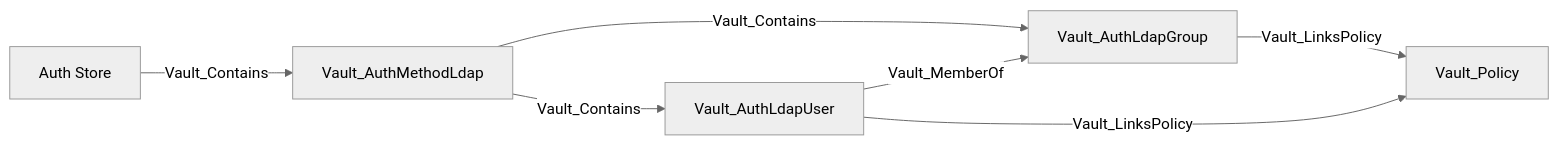
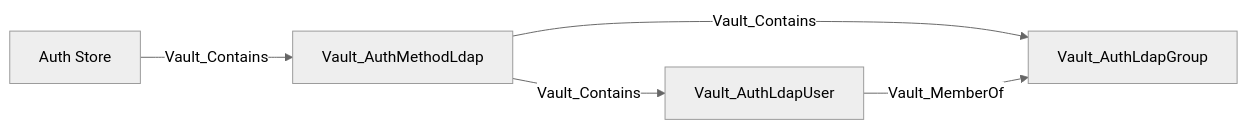
Diagram 21 of 39 in Documentation/stores/AUTH.md (bytewreck/opengraph-vault), drawn with Mermaid (neutral theme) before and after one commit. The commit also changed other lines of this file and 3 other files, not shown here.

````diff
--- a/Documentation/stores/AUTH.md
+++ b/Documentation/stores/AUTH.md
@@ -346,9 +316,7 @@
 ```mermaid
 flowchart LR
     store[Auth Store] -->|Vault_Contains| method[Vault_AuthMethodLdap]
     method -->|Vault_Contains| user[Vault_AuthLdapUser]
     method -->|Vault_Contains| group[Vault_AuthLdapGroup]
     user -->|Vault_MemberOf| group
-    group -->|Vault_LinksPolicy| policy
-    user -->|Vault_LinksPolicy| policy[Vault_Policy]
 ```
````
